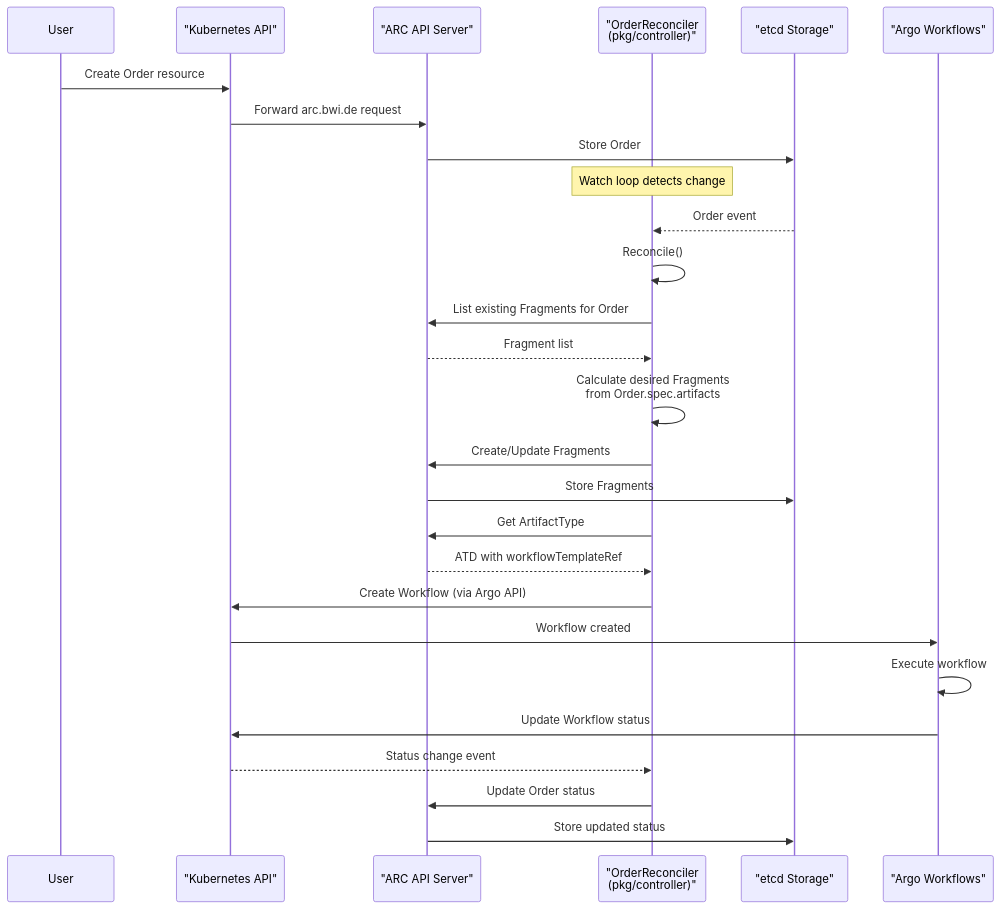
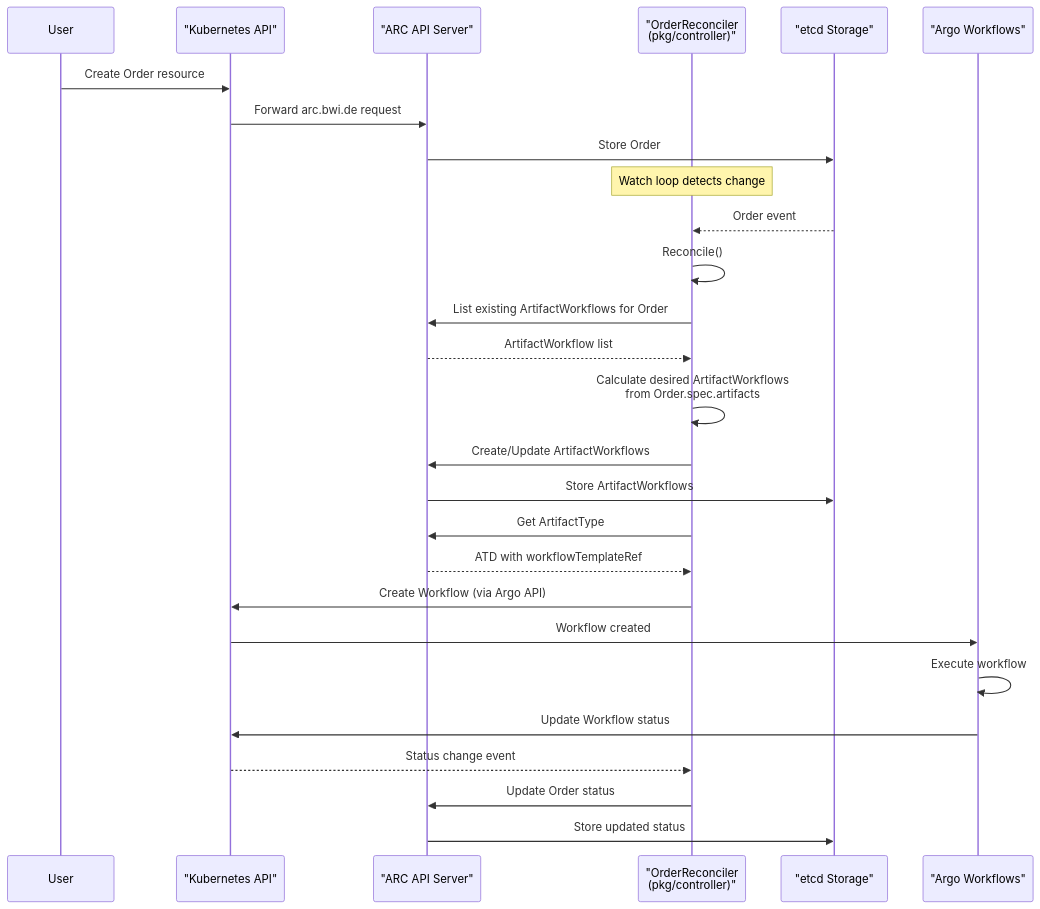
One commit to opendefensecloud/artifact-conduit changed the fourth of 7 diagrams in docs/user-guide/core-concepts.md. Above: the diagram before and after it, drawn with Mermaid. The commit also changed other lines of this file and 53 other files, not shown here.

````diff
--- a/docs/user-guide/core-concepts.md
+++ b/docs/user-guide/core-concepts.md
@@ -235,40 +235,40 @@
 ```mermaid
 sequenceDiagram
     participant User
     participant K8sAPI as "Kubernetes API"
     participant ARCAPI as "ARC API Server"
     participant OrderReconciler as "OrderReconciler<br/>(pkg/controller)"
     participant etcd as "etcd Storage"
     participant Argo as "Argo Workflows"
     
     User->>K8sAPI: Create Order resource
     K8sAPI->>ARCAPI: Forward arc.bwi.de request
     ARCAPI->>etcd: Store Order
     
     Note over OrderReconciler: Watch loop detects change
     
     etcd-->>OrderReconciler: Order event
     OrderReconciler->>OrderReconciler: Reconcile()
     
-    OrderReconciler->>ARCAPI: List existing Fragments for Order
-    ARCAPI-->>OrderReconciler: Fragment list
+    OrderReconciler->>ARCAPI: List existing ArtifactWorkflows for Order
+    ARCAPI-->>OrderReconciler: ArtifactWorkflow list
     
-    OrderReconciler->>OrderReconciler: Calculate desired Fragments<br/>from Order.spec.artifacts
+    OrderReconciler->>OrderReconciler: Calculate desired ArtifactWorkflows<br/>from Order.spec.artifacts
     
-    OrderReconciler->>ARCAPI: Create/Update Fragments
-    ARCAPI->>etcd: Store Fragments
+    OrderReconciler->>ARCAPI: Create/Update ArtifactWorkflows
+    ARCAPI->>etcd: Store ArtifactWorkflows
     
     OrderReconciler->>ARCAPI: Get ArtifactType
     ARCAPI-->>OrderReconciler: ATD with workflowTemplateRef
     
     OrderReconciler->>K8sAPI: Create Workflow (via Argo API)
     K8sAPI->>Argo: Workflow created
     
     Argo->>Argo: Execute workflow
     
     Argo->>K8sAPI: Update Workflow status
     K8sAPI-->>OrderReconciler: Status change event
     
     OrderReconciler->>ARCAPI: Update Order status
     ARCAPI->>etcd: Store updated status
 ```
````
